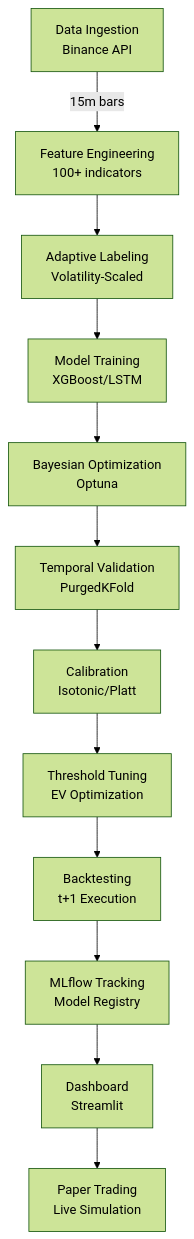
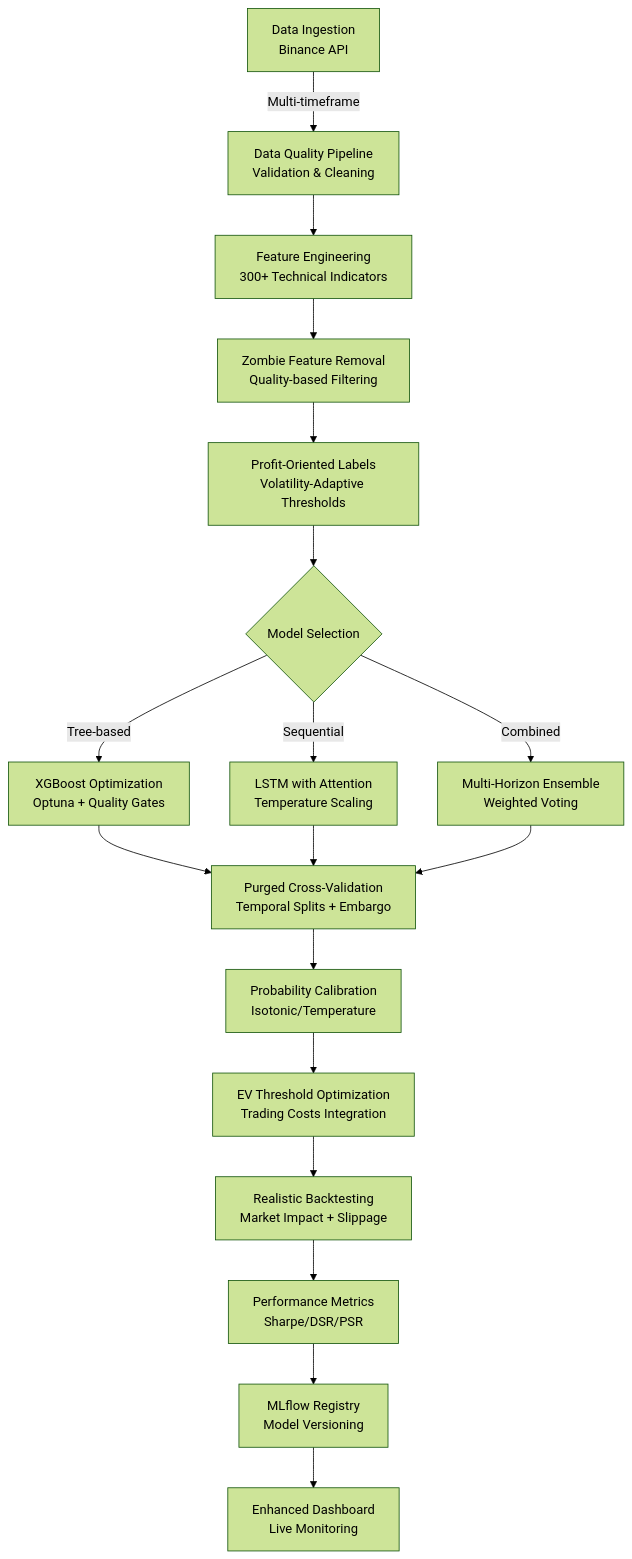
The diagram in README.md (Mercado-Financeiro/IC-Marcus), drawn with Mermaid (forest theme) before and after one commit. The commit also changed other lines of this file and 351 other files, not shown here.

First line of the commit message:
feat: implement comprehensive ML pipeline with XGBoost and LSTM models

````diff
--- a/README.md
+++ b/README.md
@@ -51,14 +53,20 @@
 ```mermaid
 graph TB
-    A[Data Ingestion<br/>Binance API] -->|15m bars| B[Feature Engineering<br/>100+ indicators]
-    B --> C[Adaptive Labeling<br/>Volatility-Scaled]
-    C --> D[Model Training<br/>XGBoost/LSTM]
-    D --> E[Bayesian Optimization<br/>Optuna]
-    E --> F[Temporal Validation<br/>PurgedKFold]
-    F --> G[Calibration<br/>Isotonic/Platt]
-    G --> H[Threshold Tuning<br/>EV Optimization]
-    H --> I[Backtesting<br/>t+1 Execution]
-    I --> J[MLflow Tracking<br/>Model Registry]
-    J --> K[Dashboard<br/>Streamlit]
-    K --> L[Paper Trading<br/>Live Simulation]
+    A[Data Ingestion<br/>Binance API] -->|Multi-timeframe| B[Data Quality Pipeline<br/>Validation & Cleaning]
+    B --> C[Feature Engineering<br/>300+ Technical Indicators]
+    C --> D[Zombie Feature Removal<br/>Quality-based Filtering]
+    D --> E[Profit-Oriented Labels<br/>Volatility-Adaptive Thresholds]
+    E --> F{Model Selection}
+    F -->|Tree-based| G[XGBoost Optimization<br/>Optuna + Quality Gates]
+    F -->|Sequential| H[LSTM with Attention<br/>Temperature Scaling]
+    F -->|Combined| I[Multi-Horizon Ensemble<br/>Weighted Voting]
+    G --> J[Purged Cross-Validation<br/>Temporal Splits + Embargo]
+    H --> J
+    I --> J
+    J --> K[Probability Calibration<br/>Isotonic/Temperature]
+    K --> L[EV Threshold Optimization<br/>Trading Costs Integration]
+    L --> M[Realistic Backtesting<br/>Market Impact + Slippage]
+    M --> N[Performance Metrics<br/>Sharpe/DSR/PSR]
+    N --> O[MLflow Registry<br/>Model Versioning]
+    O --> P[Enhanced Dashboard<br/>Live Monitoring]
 ```
````
